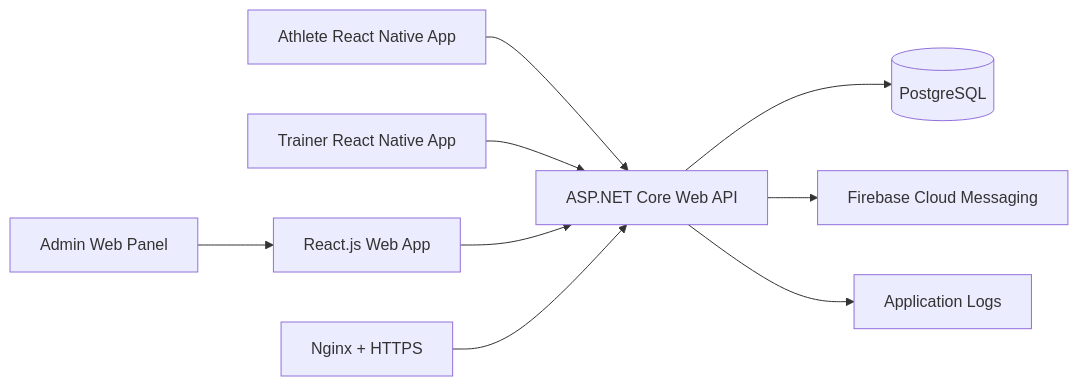
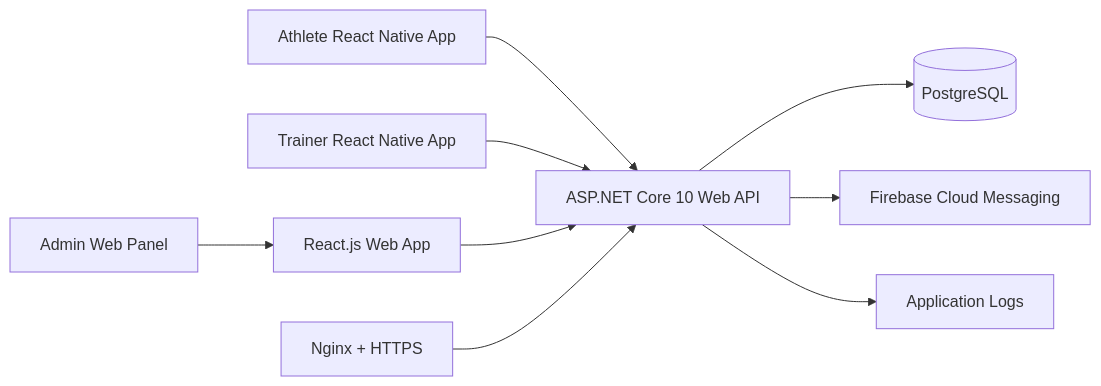
One commit to fatihkesik01/TrackMe-Docs changed the diagram in docs/02-system-architecture.md. Above: the diagram before and after it, drawn with Mermaid. The commit also changed other lines of this file and 9 other files, not shown here.

Commit message:
Refresh architecture docs for .NET 10 migrations

````diff
--- a/docs/02-system-architecture.md
+++ b/docs/02-system-architecture.md
@@ -18,11 +19,11 @@
 ```mermaid
 flowchart LR
-    Athlete[Athlete React Native App] --> API[ASP.NET Core Web API]
+    Athlete[Athlete React Native App] --> API[ASP.NET Core 10 Web API]
     Trainer[Trainer React Native App] --> API
     Web[React.js Web App] --> API
     Admin[Admin Web Panel] --> Web
     API --> DB[(PostgreSQL)]
     API --> FCM[Firebase Cloud Messaging]
     API --> Logs[Application Logs]
     Nginx[Nginx + HTTPS] --> API
 ```
````
